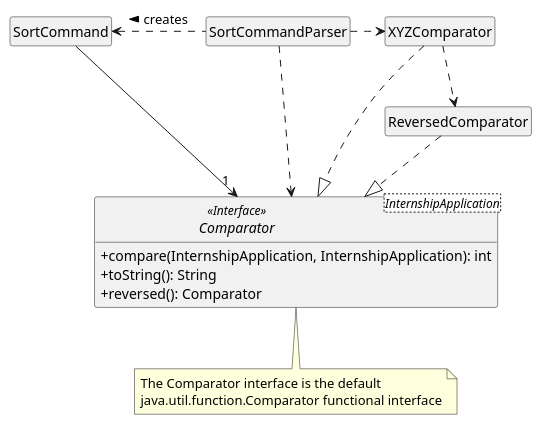
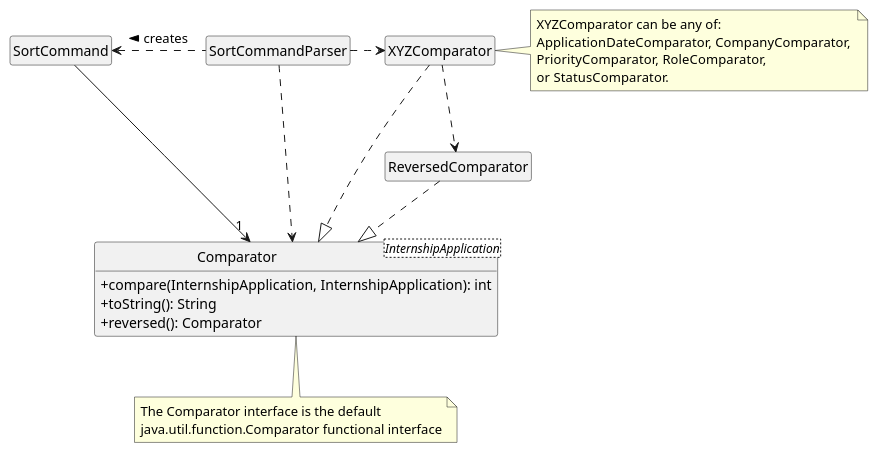
Before and after one commit to wxwxwxwx9/main: the diagram in docs/diagrams/ComparatorClassDiagram.puml, drawn with PlantUML. The commit also changed 1 other file, not shown here.

Commit message:
Update class diagram

```diff
--- a/docs/diagrams/ComparatorClassDiagram.puml
+++ b/docs/diagrams/ComparatorClassDiagram.puml
@@ -1,44 +1,52 @@
 @startuml
 
 hide circle
 hide empty members
 skinparam classAttributeIconSize 0
 
 Class SortCommand {
 }
 
 Class SortCommandParser {
 }
 
-Interface Comparator<InternshipApplication> <<Interface>> {
+Class Comparator <InternshipApplication> {
     + compare(InternshipApplication, InternshipApplication): int
     + toString(): String
     + reversed(): Comparator
 }
 
 Class XYZComparator {
 }
 
 Class ReversedComparator {
 }
 
 note as N1
   The Comparator interface is the default
   java.util.function.Comparator functional interface
 end note
 
+note as N2
+    XYZComparator can be any of:
+    ApplicationDateComparator, CompanyComparator, 
+    PriorityComparator, RoleComparator,
+    or StatusComparator.
+end note
+
 Comparator .. N1
+XYZComparator .right. N2
 
 SortCommandParser .left.> SortCommand : creates >
 SortCommandParser .right.> XYZComparator
 SortCommandParser ..> Comparator
 
 SortCommand --> "1" Comparator
 
 XYZComparator .down.|> Comparator
 XYZComparator ..> ReversedComparator
 
 ReversedComparator ..|> Comparator
 
 
 @enduml
```
